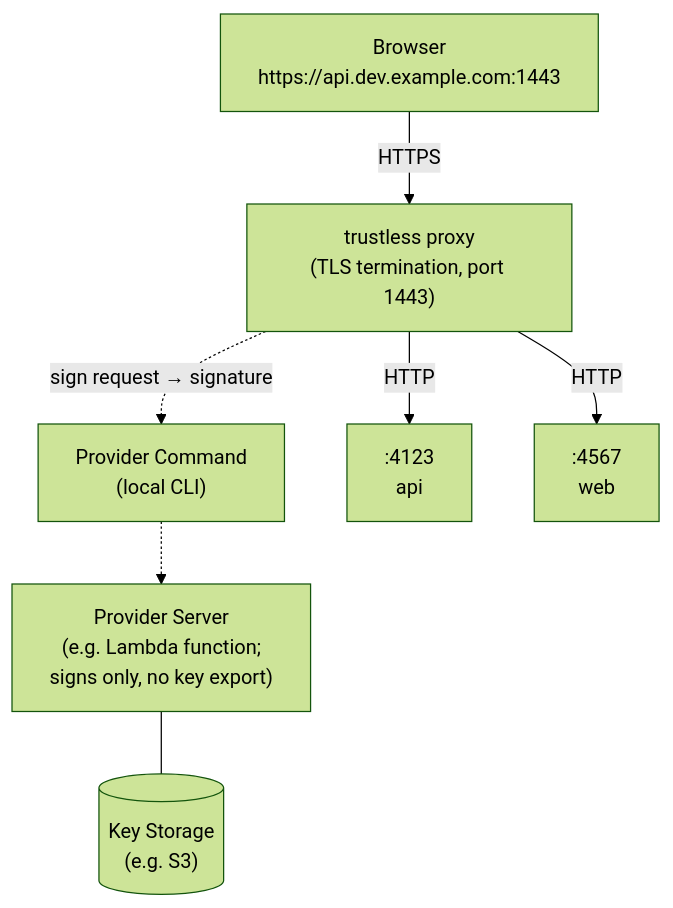
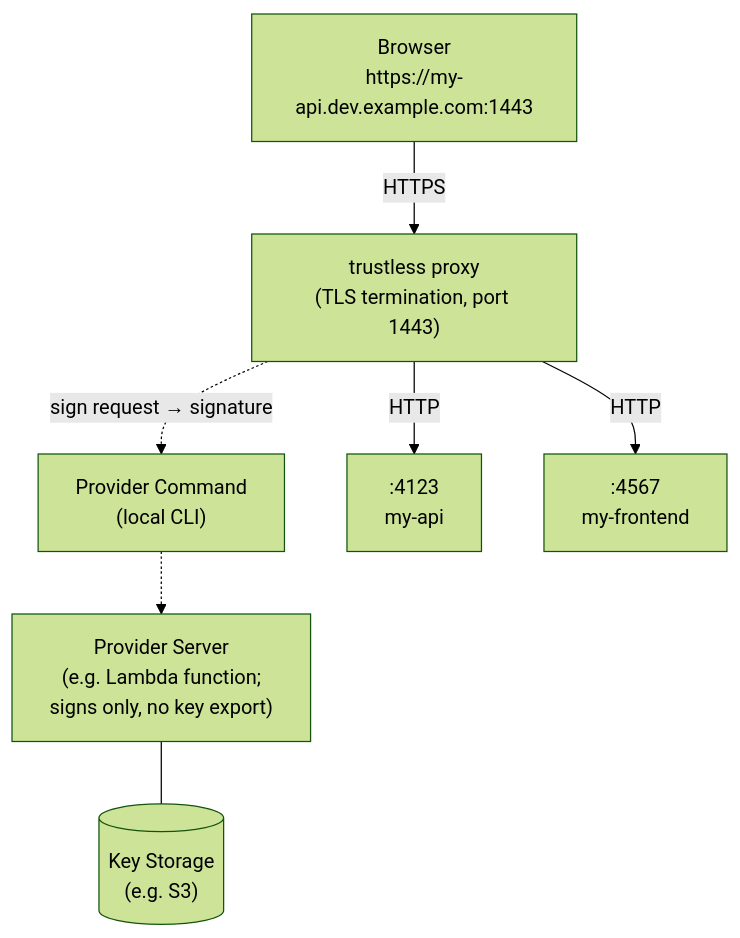
Before and after one commit to sorah/trustless: the diagram in README.md, drawn with Mermaid (forest theme). The commit also changed other lines of this file, not shown here.

````diff
--- a/README.md
+++ b/README.md
@@ -29,17 +31,17 @@
 ```mermaid
 flowchart TD
-    Browser["Browser<br>https://api.dev.example.com:1443"]
+    Browser["Browser<br>https://my-api.dev.example.com:1443"]
     Proxy["trustless proxy<br>(TLS termination, port 1443)"]
     ProviderCmd["Provider Command<br>(local CLI)"]
     ProviderServer["Provider Server<br>(e.g. Lambda function;<br>signs only, no key export)"]
     Storage[("Key Storage<br>(e.g. S3)")]
-    App1[":4123<br>api"]
-    App2[":4567<br>web"]
+    App1[":4123<br>my-api"]
+    App2[":4567<br>my-frontend"]
 
     Browser -->|HTTPS| Proxy
     Proxy -.->|"sign request → signature"| ProviderCmd
     ProviderCmd -.-> ProviderServer
     ProviderServer --- Storage
     Proxy -->|HTTP| App1
     Proxy -->|HTTP| App2
 ```
````
